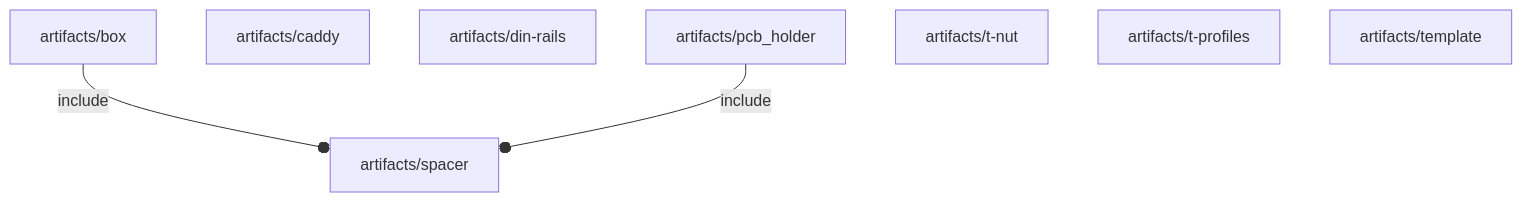
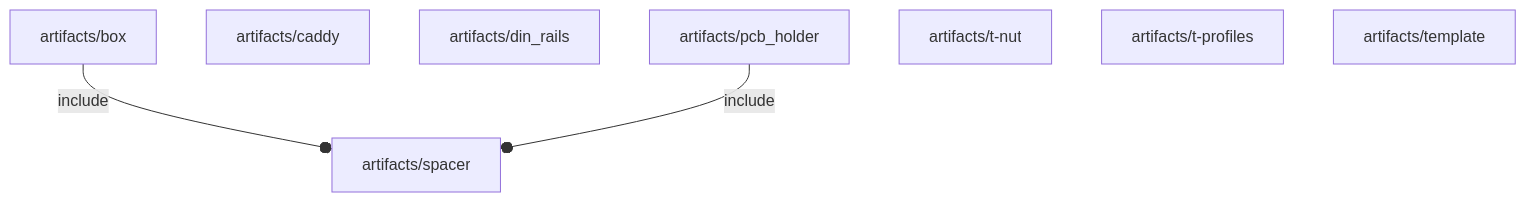
The diagram in orthodocs/artifacts/deps.md (ggabbiani/OFL), drawn with Mermaid before and after one commit. The commit also changed 7 other files, not shown here.

Commit message:
DIN rails updated

````diff
--- a/orthodocs/artifacts/deps.md
+++ b/orthodocs/artifacts/deps.md
@@ -3,11 +3,11 @@
 ```mermaid
 graph TD
     A1[artifacts/box] --o|include| A2[artifacts/spacer]
     A3[artifacts/caddy]
-    A4[artifacts/din-rails]
+    A4[artifacts/din_rails]
     A5[artifacts/pcb_holder] --o|include| A2
     A2
     A6[artifacts/t-nut]
     A7[artifacts/t-profiles]
     A8[artifacts/template]
 ```
````
